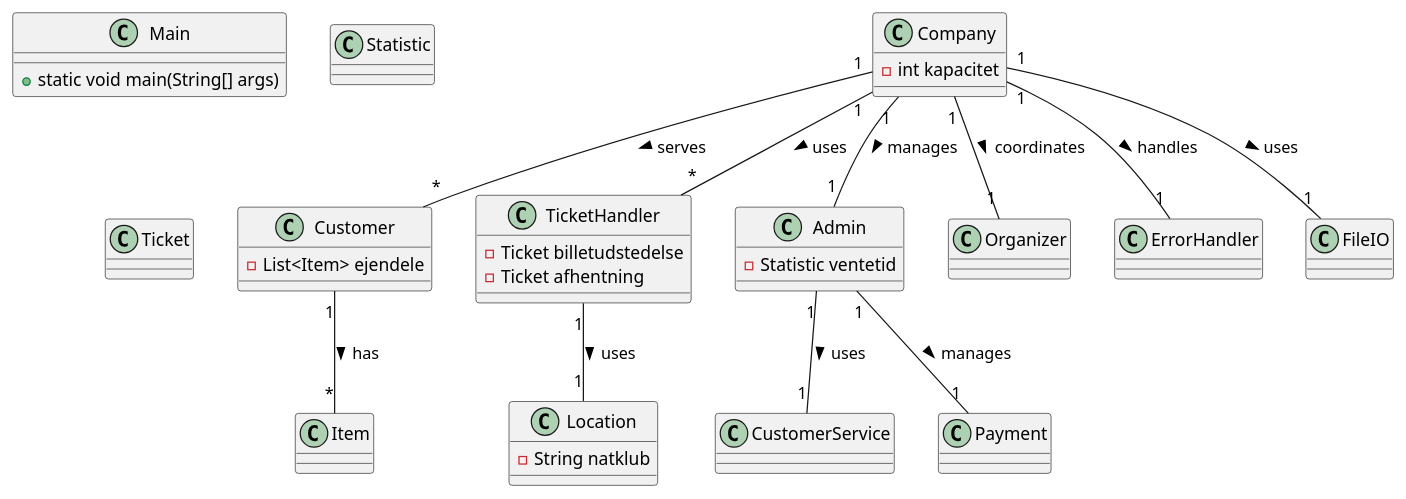
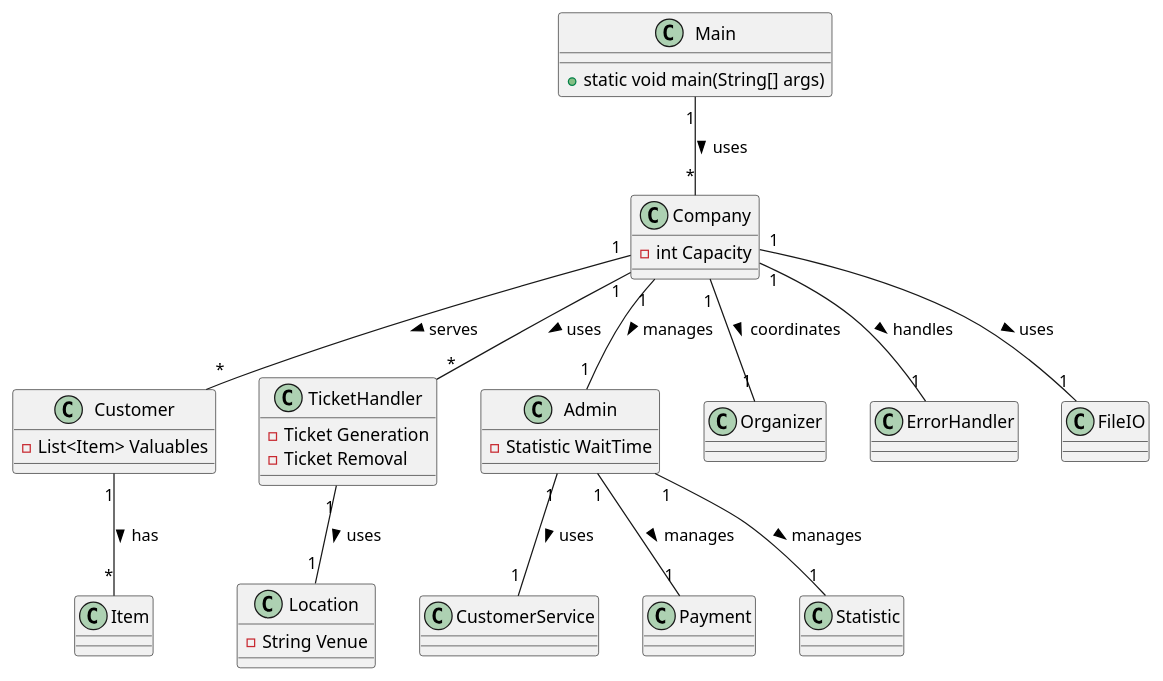
Before and after one commit to ValdemarLarsen02/IWardrobe: the diagram in doc/Plan/static/classdiagram_v1.puml, drawn with PlantUML. The commit also changed other lines of this file, not shown here.

```diff
--- a/doc/Plan/static/classdiagram_v1.puml
+++ b/doc/Plan/static/classdiagram_v1.puml
@@ -1,67 +1,66 @@
 @startuml
 class Main{
 + static void main(String[] args)
 }
 
 
 
 class Customer {
-    - List<Item> ejendele
+    - List<Item> Valuables
 }
 
 class Company {
-    - int kapacitet
+    - int Capacity
 }
 
 class TicketHandler {
-    - Ticket billetudstedelse
-    - Ticket afhentning
+    - Ticket Generation
+    - Ticket Removal
 }
 
 class Admin {
-    - Statistic ventetid
+    - Statistic WaitTime
 }
 
 class CustomerService {
 }
 
 class Payment {
 }
 
 class Organizer {
 }
 
 class Location {
-    - String natklub
+    - String Venue
 }
 
 class ErrorHandler {
 }
 
 class FileIO {
 }
 
 class Item {
 }
 
 class Statistic {
 }
 
-class Ticket {
-}
-
+Main "1" -- "*" Company : uses >
 Customer "1" -- "*" Item : has >
 
 Company "1" -- "*" Customer : serves >
 Company "1" -- "*" TicketHandler : uses >
 Company "1" -- "1" Admin : manages >
 Company "1" -- "1" Organizer : coordinates >
 Company "1" -- "1" ErrorHandler : handles >
 Company "1" -- "1" FileIO : uses >
 
 Admin "1" -- "1" CustomerService : uses >
 Admin "1" -- "1" Payment : manages >
+Admin "1" -- "1" Statistic : manages >
 
 TicketHandler "1" -- "1" Location : uses >
 
 @enduml
```
